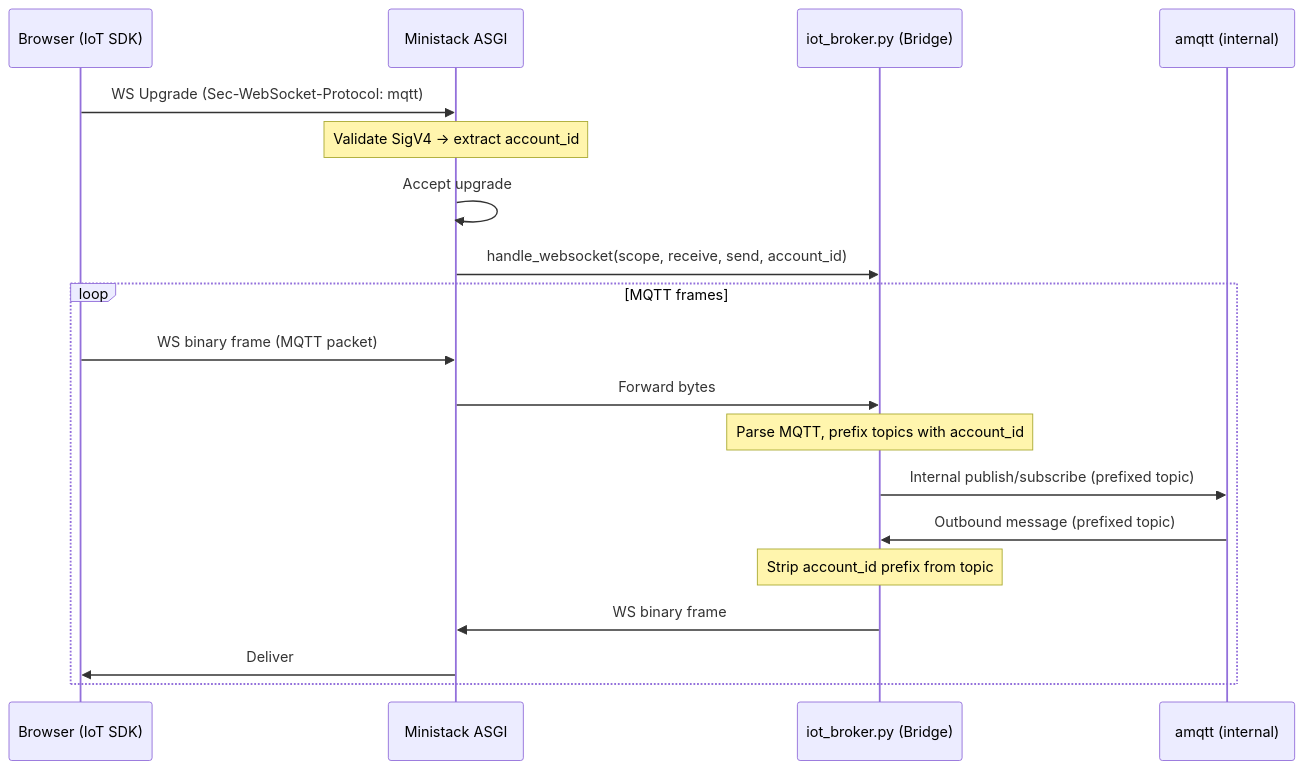
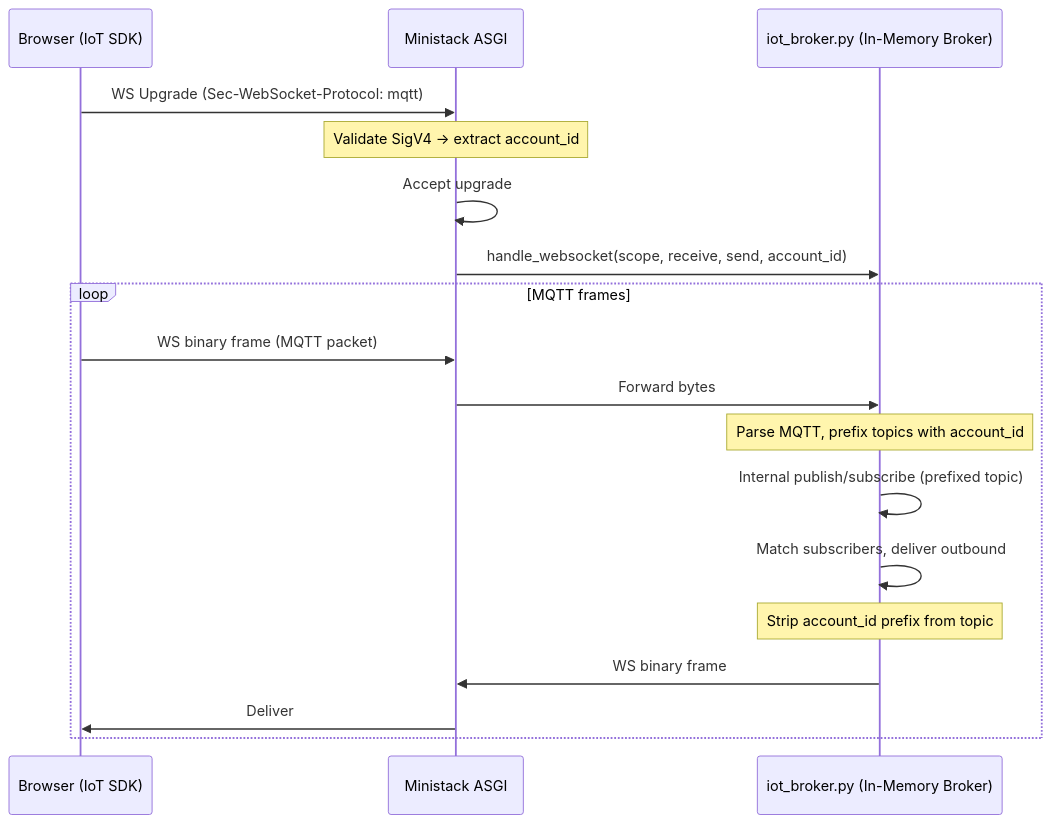
Before and after one commit to ministackorg/ministack: the second of 5 diagrams in .kiro/specs/iot-core/design.md, drawn with Mermaid. The commit also changed other lines of this file and 9 other files, not shown here.

````diff
--- a/.kiro/specs/iot-core/design.md
+++ b/.kiro/specs/iot-core/design.md
@@ -418,22 +396,21 @@
 ```mermaid
 sequenceDiagram
     participant Browser as Browser (IoT SDK)
     participant ASGI as Ministack ASGI
-    participant Bridge as iot_broker.py (Bridge)
-    participant Broker as amqtt (internal)
+    participant Bridge as iot_broker.py (In-Memory Broker)
 
     Browser->>ASGI: WS Upgrade (Sec-WebSocket-Protocol: mqtt)
     Note over ASGI: Validate SigV4 → extract account_id
     ASGI->>ASGI: Accept upgrade
     ASGI->>Bridge: handle_websocket(scope, receive, send, account_id)
     loop MQTT frames
         Browser->>ASGI: WS binary frame (MQTT packet)
         ASGI->>Bridge: Forward bytes
         Note over Bridge: Parse MQTT, prefix topics with account_id
-        Bridge->>Broker: Internal publish/subscribe (prefixed topic)
-        Broker->>Bridge: Outbound message (prefixed topic)
+        Bridge->>Bridge: Internal publish/subscribe (prefixed topic)
+        Bridge->>Bridge: Match subscribers, deliver outbound
         Note over Bridge: Strip account_id prefix from topic
         Bridge->>ASGI: WS binary frame
         ASGI->>Browser: Deliver
     end
 ```
````
